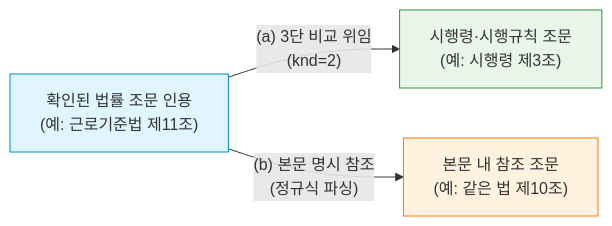
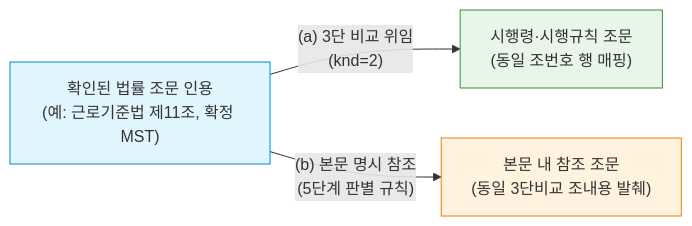
One commit to stevelee0119/ACASia_LAW changed the diagram in docs/handoff/requests/TK-137_related_basis_design_memo.md. Above: the diagram before and after it, drawn with Mermaid. The commit also changed other lines of this file, not shown here.

````diff
--- a/docs/handoff/requests/TK-137_related_basis_design_memo.md
+++ b/docs/handoff/requests/TK-137_related_basis_design_memo.md
@@ -34,8 +53,8 @@
 ```mermaid
 flowchart LR
-    A["확인된 법률 조문 인용<br>(예: 근로기준법 제11조)"] -->|"(a) 3단 비교 위임<br>(knd=2)"| B["시행령·시행규칙 조문<br>(예: 시행령 제3조)"]
-    A -->|"(b) 본문 명시 참조<br>(정규식 파싱)"| C["본문 내 참조 조문<br>(예: 같은 법 제10조)"]
+    A["확인된 법률 조문 인용<br>(예: 근로기준법 제11조, 확정 MST)"] -->|"(a) 3단 비교 위임<br>(knd=2)"| B["시행령·시행규칙 조문<br>(동일 조번호 행 매핑)"]
+    A -->|"(b) 본문 명시 참조<br>(5단계 판별 규칙)"| C["본문 내 참조 조문<br>(동일 3단비교 조내용 발췌)"]
     style A fill:#e1f5fe,stroke:#0288d1
     style B fill:#e8f5e9,stroke:#388e3c
     style C fill:#fff3e0,stroke:#f57c00
 ```
````
